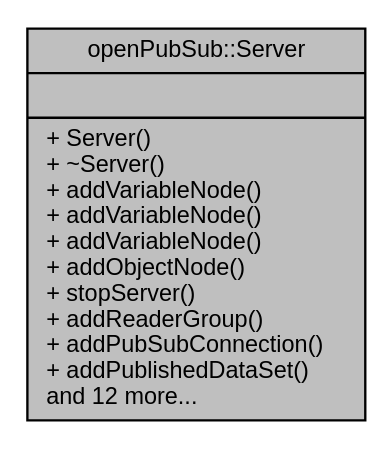
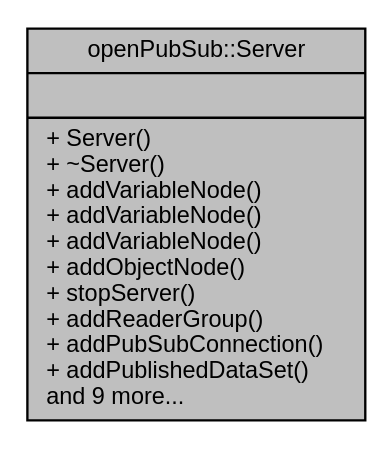
The diagram in classopenPubSub_1_1Server__coll__graph.dot (makreft/openPubSub), drawn with Graphviz before and after one commit. The commit also changed 24 other files, not shown here.

```diff
--- a/classopenPubSub_1_1Server__coll__graph.dot
+++ b/classopenPubSub_1_1Server__coll__graph.dot
@@ -1,7 +1,7 @@
 digraph "openPubSub::Server"
 {
  // LATEX_PDF_SIZE
   edge [fontname="Helvetica",fontsize="10",labelfontname="Helvetica",labelfontsize="10"];
   node [fontname="Helvetica",fontsize="10",shape=record];
-  Node1 [label="{openPubSub::Server\n||+ Server()\l+ ~Server()\l+ addVariableNode()\l+ addVariableNode()\l+ addVariableNode()\l+ addObjectNode()\l+ stopServer()\l+ addReaderGroup()\l+ addPubSubConnection()\l+ addPublishedDataSet()\land 12 more...\l}",height=0.2,width=0.4,color="black", fillcolor="grey75", style="filled", fontcolor="black",tooltip=" "];
+  Node1 [label="{openPubSub::Server\n||+ Server()\l+ ~Server()\l+ addVariableNode()\l+ addVariableNode()\l+ addVariableNode()\l+ addObjectNode()\l+ stopServer()\l+ addReaderGroup()\l+ addPubSubConnection()\l+ addPublishedDataSet()\land 9 more...\l}",height=0.2,width=0.4,color="black", fillcolor="grey75", style="filled", fontcolor="black",tooltip=" "];
 }
```
